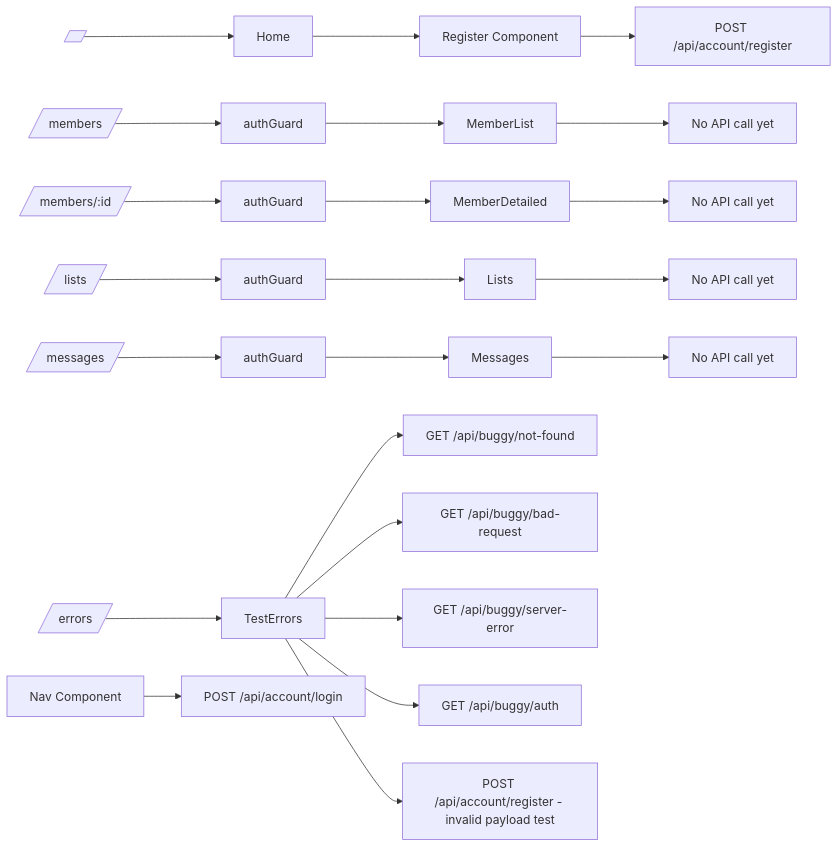
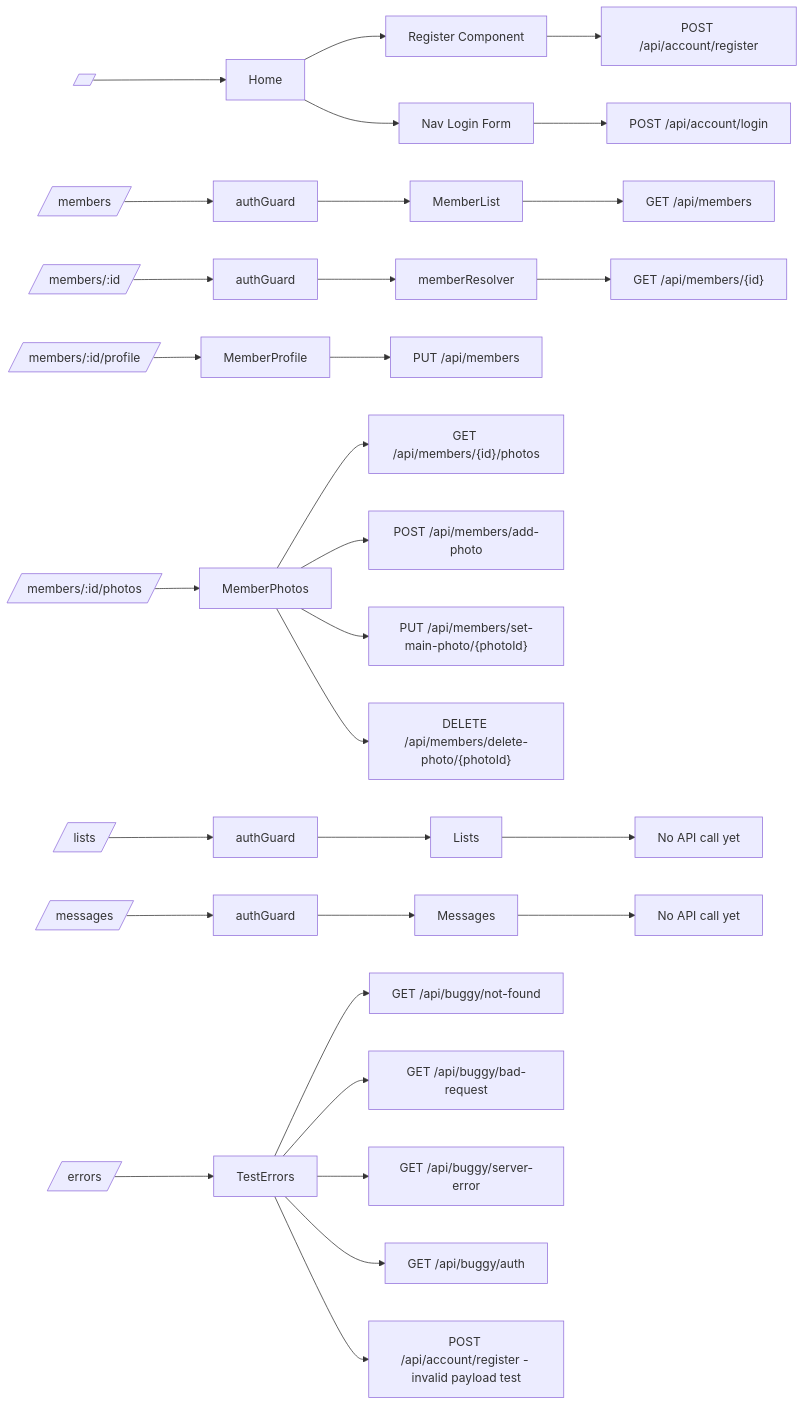
One commit to stevhook/dating-app changed the fifth of 8 diagrams in docs/code-interactions.md. Above: the diagram before and after it, drawn with Mermaid. The commit also changed other lines of this file and 1 other file, not shown here.

````diff
--- a/docs/code-interactions.md
+++ b/docs/code-interactions.md
@@ -126,27 +145,36 @@
 ```mermaid
 flowchart LR
     R0[/ /] --> C0[Home]
     C0 --> RC0[Register Component]
-  RC0 --> A0["POST /api/account/register"]
+    C0 --> NAV[Nav Login Form]
+    RC0 --> A0["POST /api/account/register"]
+    NAV --> A1["POST /api/account/login"]
 
     R1[/members/] --> G1[authGuard] --> C1[MemberList]
-    C1 --> N1[No API call yet]
+    C1 --> M1["GET /api/members"]
 
-    R2[/members/:id/] --> G2[authGuard] --> C2[MemberDetailed]
-    C2 --> N2[No API call yet]
+    R2[/members/:id/] --> G2[authGuard] --> RS[memberResolver]
+    RS --> M2["GET /api/members/{id}"]
+
+    P0[/members/:id/profile/] --> CP0[MemberProfile]
+    CP0 --> M3["PUT /api/members"]
+
+    P1[/members/:id/photos/] --> CP1[MemberPhotos]
+    CP1 --> M4["GET /api/members/{id}/photos"]
+    CP1 --> M5["POST /api/members/add-photo"]
+    CP1 --> M6["PUT /api/members/set-main-photo/{photoId}"]
+    CP1 --> M7["DELETE /api/members/delete-photo/{photoId}"]
 
     R3[/lists/] --> G3[authGuard] --> C3[Lists]
     C3 --> N3[No API call yet]
 
     R4[/messages/] --> G4[authGuard] --> C4[Messages]
     C4 --> N4[No API call yet]
 
     R5[/errors/] --> C5[TestErrors]
     C5 --> E1["GET /api/buggy/not-found"]
     C5 --> E2["GET /api/buggy/bad-request"]
     C5 --> E3["GET /api/buggy/server-error"]
     C5 --> E4["GET /api/buggy/auth"]
     C5 --> E5["POST /api/account/register - invalid payload test"]
-
-    NAV[Nav Component] --> L1["POST /api/account/login"]
 ```
````
